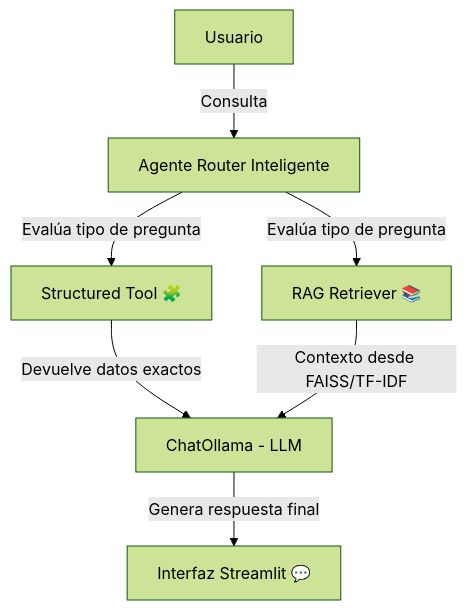
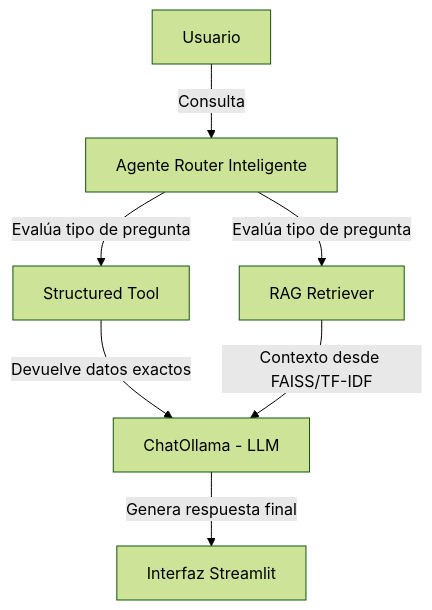
The first of 3 diagrams in README.md (CamiloPE12/Botfa), drawn with Mermaid (forest theme) before and after one commit. The commit also changed other lines of this file, not shown here.

````diff
--- a/README.md
+++ b/README.md
@@ -20,9 +20,9 @@
 ```mermaid
 graph TD
     A[Usuario] -->|Consulta| B[Agente Router Inteligente]
-    B -->|Evalúa tipo de pregunta| C1[Structured Tool 🧩]
-    B -->|Evalúa tipo de pregunta| C2[RAG Retriever 📚]
+    B -->|Evalúa tipo de pregunta| C1[Structured Tool ]
+    B -->|Evalúa tipo de pregunta| C2[RAG Retriever ]
     C1 -->|Devuelve datos exactos| D[ChatOllama - LLM]
     C2 -->|Contexto desde FAISS/TF-IDF| D
-    D -->|Genera respuesta final| E[Interfaz Streamlit 💬]
+    D -->|Genera respuesta final| E[Interfaz Streamlit ]
 ```
````
